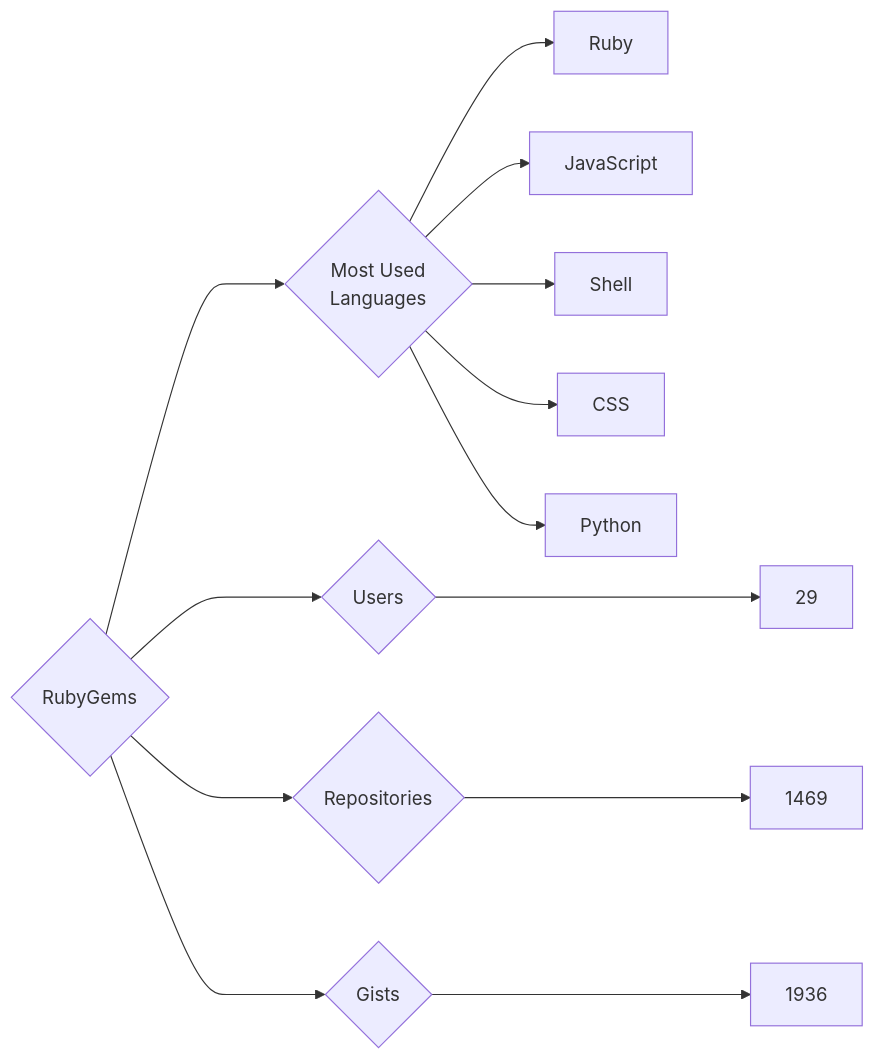
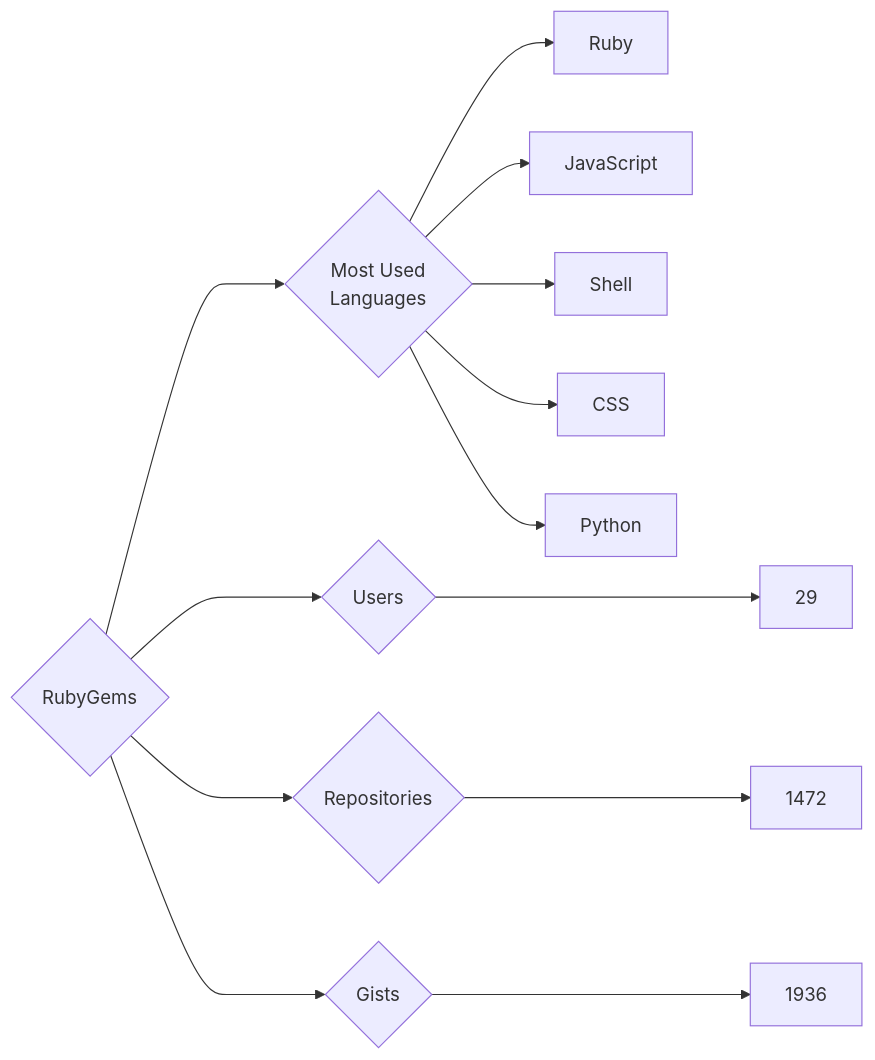
The diagram in targets/RubyGems/README.md (trickest/insiders), drawn with Mermaid before and after one commit. The commit also changed 797 other files, not shown here.

````diff
--- a/targets/RubyGems/README.md
+++ b/targets/RubyGems/README.md
@@ -3,13 +3,13 @@
 ```mermaid
 graph LR
 COMPANY_NAME{RubyGems}
 COMPANY_NAME ---> U{Users} ---> UN[29]
-COMPANY_NAME ---> R{Repositories} ---> RN[1469]
+COMPANY_NAME ---> R{Repositories} ---> RN[1472]
 COMPANY_NAME ---> G{Gists} ---> GN[1936]
 COMPANY_NAME ---> ML{Most Used<br>Languages}
 ML --> Ruby[Ruby]
 ML --> JavaScript[JavaScript]
 ML --> Shell[Shell]
 ML --> CSS[CSS]
 ML --> Python[Python]
 ```
````
